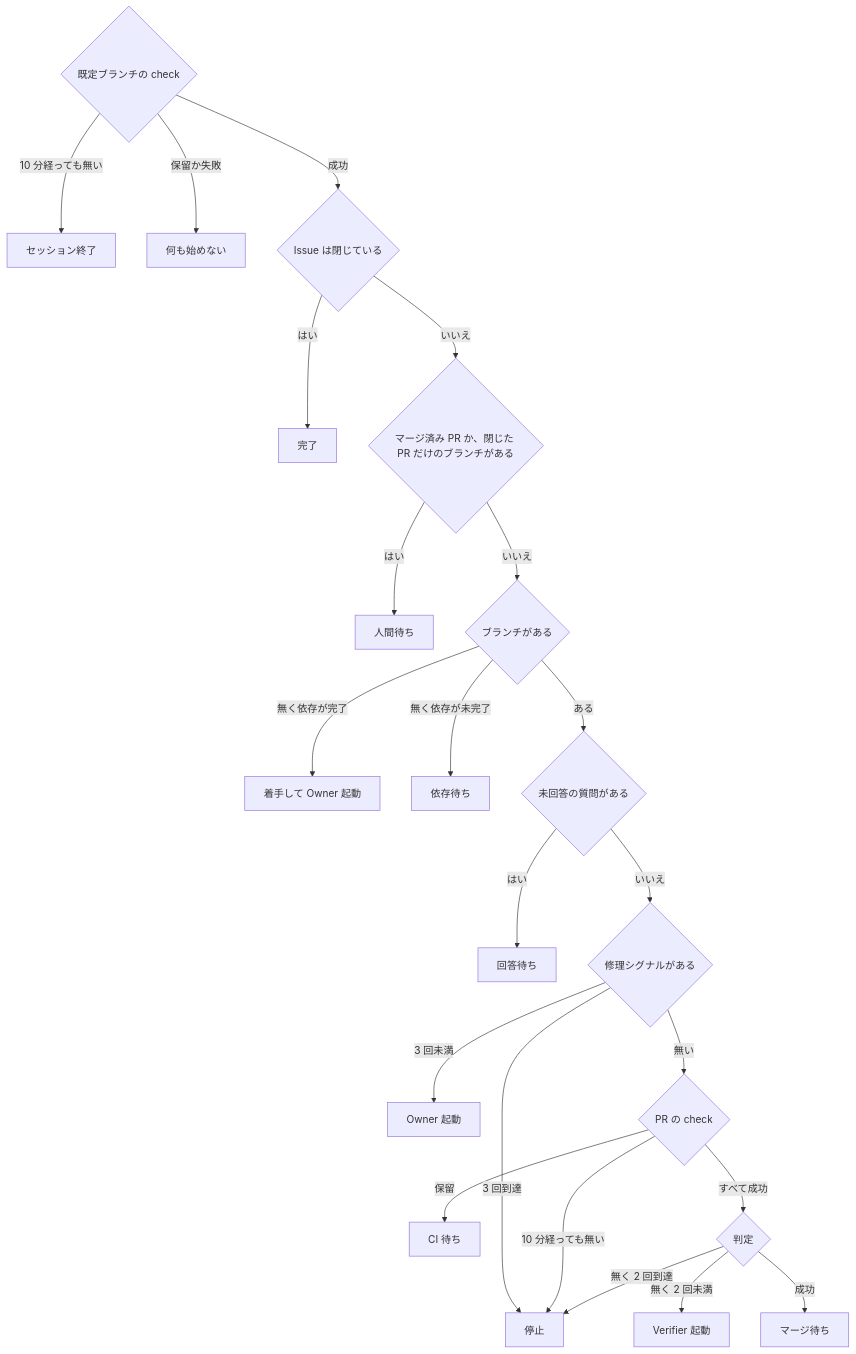
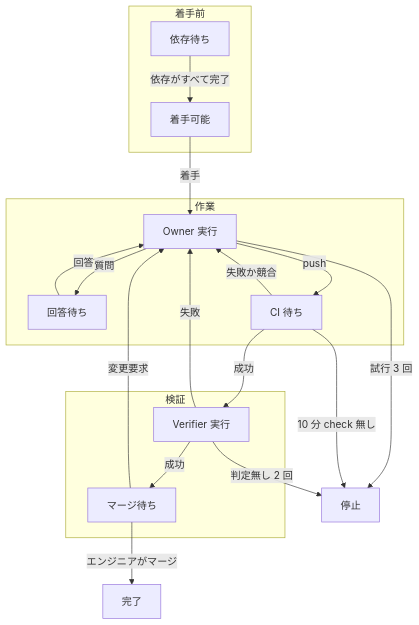
The first of 2 diagrams in docs/design/orchestrate-epic.md (maro114510/skills), drawn with Mermaid before and after one commit. The commit also changed other lines of this file, not shown here.

````diff
--- a/docs/design/orchestrate-epic.md
+++ b/docs/design/orchestrate-epic.md
@@ -51,24 +53,23 @@
 ```mermaid
-flowchart TD
-  B{"既定ブランチの check"} -->|"10 分経っても無い"| X["セッション終了"]
-  B -->|"保留か失敗"| N["何も始めない"]
-  B -->|"成功"| C{"Issue は閉じている"}
-  C -->|"はい"| Done["完了"]
-  C -->|"いいえ"| M{"マージ済み PR か、閉じた PR だけのブランチがある"}
-  M -->|"はい"| H["人間待ち"]
-  M -->|"いいえ"| R{"ブランチがある"}
-  R -->|"無く依存が完了"| Claim["着手して Owner 起動"]
-  R -->|"無く依存が未完了"| Wait["依存待ち"]
-  R -->|"ある"| Q{"未回答の質問がある"}
-  Q -->|"はい"| A["回答待ち"]
-  Q -->|"いいえ"| F{"修理シグナルがある"}
-  F -->|"3 回未満"| O["Owner 起動"]
-  F -->|"3 回到達"| P["停止"]
-  F -->|"無い"| K{"PR の check"}
-  K -->|"保留"| CI["CI 待ち"]
-  K -->|"10 分経っても無い"| P
-  K -->|"すべて成功"| V{"判定"}
-  V -->|"無く 2 回未満"| Ver["Verifier 起動"]
-  V -->|"無く 2 回到達"| P
-  V -->|"成功"| Merge["マージ待ち"]
+flowchart TB
+  subgraph Pre["着手前"]
+    Blocked["依存待ち"] -->|"依存がすべて完了"| Ready["着手可能"]
+  end
+  subgraph Work["作業"]
+    Owner["Owner 実行"] -->|"質問"| Ask["回答待ち"]
+    Ask -->|"回答"| Owner
+    Owner -->|"push"| CI["CI 待ち"]
+    CI -->|"失敗か競合"| Owner
+  end
+  subgraph Check["検証"]
+    Verify["Verifier 実行"] -->|"成功"| Merge["マージ待ち"]
+  end
+  Ready -->|"着手"| Owner
+  CI -->|"成功"| Verify
+  Verify -->|"失敗"| Owner
+  Merge -->|"変更要求"| Owner
+  Merge -->|"エンジニアがマージ"| Done["完了"]
+  Owner -->|"試行 3 回"| Parked["停止"]
+  CI -->|"10 分 check 無し"| Parked
+  Verify -->|"判定無し 2 回"| Parked
 ```
````
